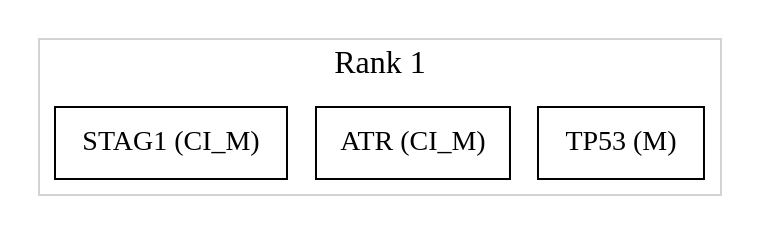
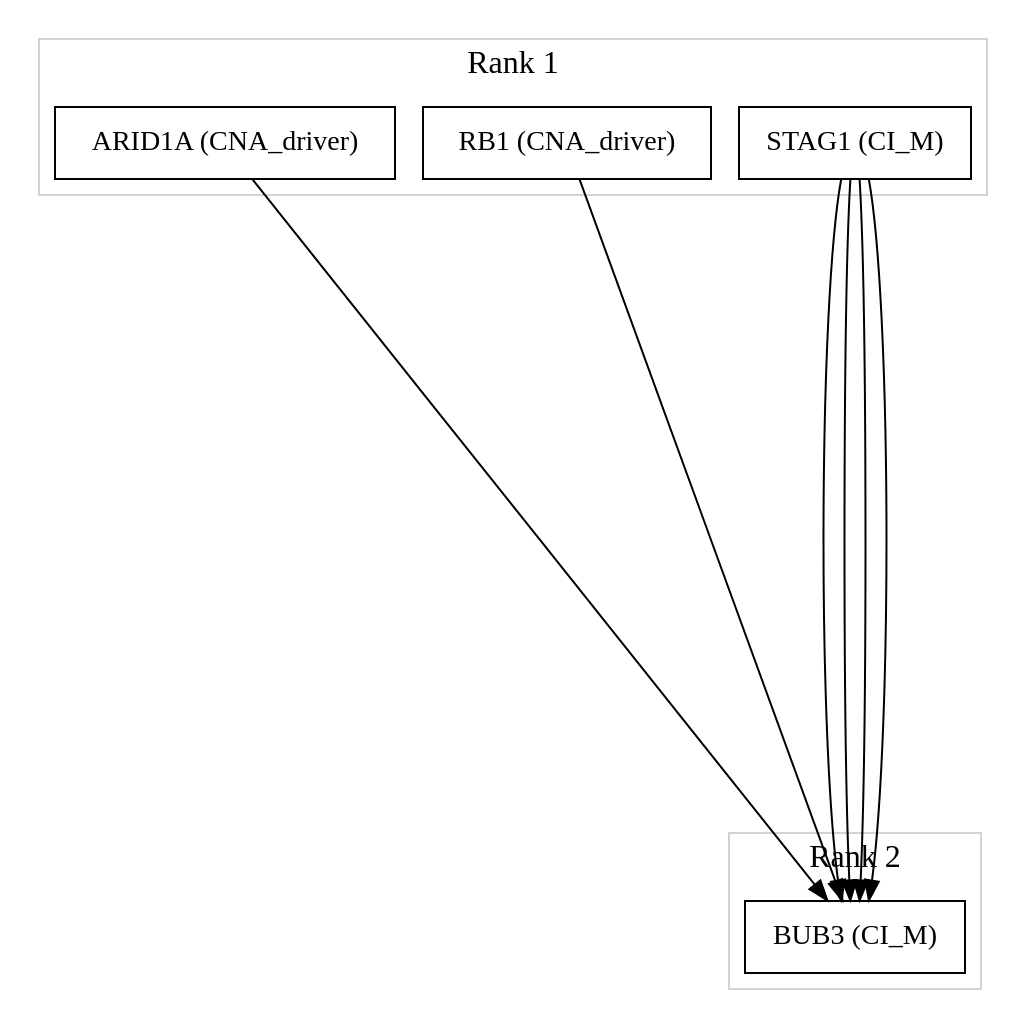
Before and after one commit to hifodbs/TikTakTuk: the diagram in produced/rank_same.gv, drawn with Graphviz. The commit also changed 4 other files, not shown here.

```diff
--- a/produced/rank_same.gv
+++ b/produced/rank_same.gv
@@ -1,21 +1,35 @@
 digraph {
 	graph [nodesep=0.2,
 		rankdir=TB,
 		ranksep=2.5
 	];
 	node [fontsize=14,
 		height=0.5,
 		shape=box,
 		width=0.3
 	];
 	subgraph cluster_1 {
 		graph [color=lightgrey,
 			fontsize=16,
 			label="Rank 1",
 			rank=same
 		];
-		"TP53 (M)"	[label="TP53 (M)"];
-		"ATR (CI_M)"	[label="ATR (CI_M)"];
+		"ARID1A (CNA_driver)"	[label="ARID1A (CNA_driver)"];
+		"RB1 (CNA_driver)"	[label="RB1 (CNA_driver)"];
 		"STAG1 (CI_M)"	[label="STAG1 (CI_M)"];
 	}
+	subgraph cluster_2 {
+		graph [color=lightgrey,
+			fontsize=16,
+			label="Rank 2",
+			rank=same
+		];
+		"BUB3 (CI_M)"	[label="BUB3 (CI_M)"];
+	}
+	"ARID1A (CNA_driver)" -> "BUB3 (CI_M)"	[minlen=1];
+	"RB1 (CNA_driver)" -> "BUB3 (CI_M)"	[minlen=2];
+	"STAG1 (CI_M)" -> "BUB3 (CI_M)";
+	"STAG1 (CI_M)" -> "BUB3 (CI_M)";
+	"STAG1 (CI_M)" -> "BUB3 (CI_M)";
+	"STAG1 (CI_M)" -> "BUB3 (CI_M)";
 }
```
